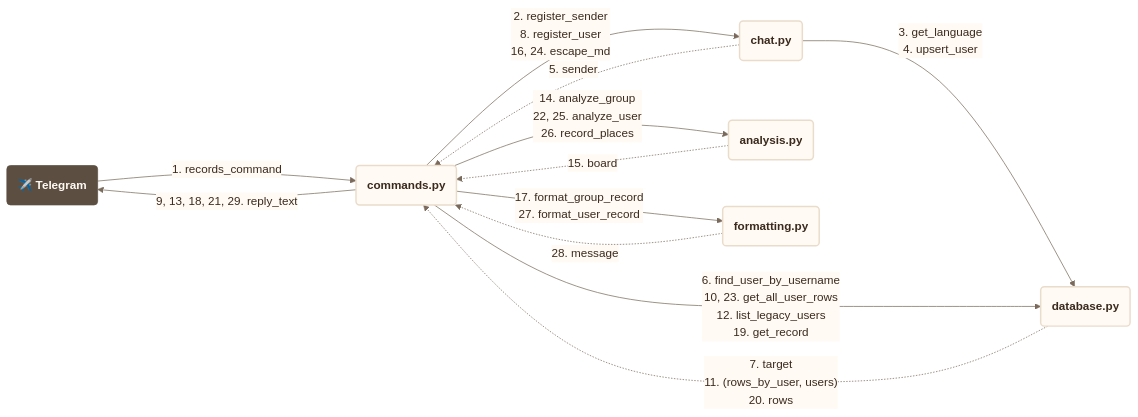
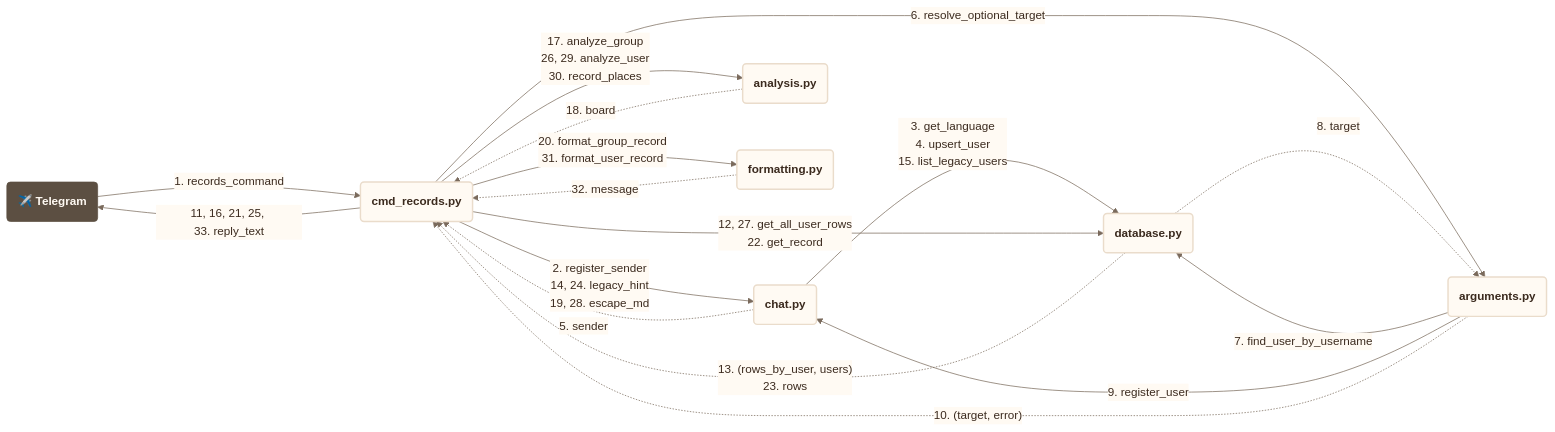
Diagram 11 of 42 in docs/use_cases.md (francescoperrino/Caccometro), drawn with Mermaid before and after one commit. The commit also changed other lines of this file and 30 other files, not shown here.

````diff
--- a/docs/use_cases.md
+++ b/docs/use_cases.md
@@ -918,58 +910,64 @@
 ```mermaid
 ---
 config:
   theme: base
   themeVariables:
     fontFamily: "Nunito, Segoe UI, Roboto, sans-serif"
     primaryColor: "#fffaf3"
     primaryTextColor: "#3b2a1e"
     primaryBorderColor: "#eadccb"
     secondaryColor: "#f7ecdc"
     tertiaryColor: "#f3e4d0"
     lineColor: "#7a6a5c"
     textColor: "#3b2a1e"
     edgeLabelBackground: "#fffaf3"
     clusterBkg: "#f3e4d0"
     clusterBorder: "#cbbca9"
     titleColor: "#5c4f42"
     noteBkgColor: "#f7ecdc"
     noteTextColor: "#3b2a1e"
     actorBkg: "#fffaf3"
     actorBorder: "#5c4f42"
     actorTextColor: "#3b2a1e"
     signalColor: "#7a6a5c"
     signalTextColor: "#3b2a1e"
     labelBoxBkgColor: "#f3e4d0"
     loopTextColor: "#3b2a1e"
     sequenceNumberColor: "#fffaf3"
     xyChart:
       plotColorPalette: "#2f4f8f"
   flowchart:
     nodeSpacing: 50
     rankSpacing: 160
 ---
 flowchart LR
     accTitle: Communication diagram, /records (/record)
     accDescr: The modules involved, the functions each one calls in another and what comes back, numbered as in the sequence
     telegram("<b>✈️ Telegram</b>")
-    commands("<b>commands.py</b>")
+    cmd_records("<b>cmd_records.py</b>")
     chat("<b>chat.py</b>")
     database("<b>database.py</b>")
+    arguments("<b>arguments.py</b>")
     analysis("<b>analysis.py</b>")
     formatting("<b>formatting.py</b>")
-    telegram -->|"1.#nbsp;records_command"| commands
-    commands -->|"2.#nbsp;register_sender<br/>8.#nbsp;register_user<br/>16, 24.#nbsp;escape_md"| chat
-    chat -->|"3.#nbsp;get_language<br/>4.#nbsp;upsert_user"| database
-    chat -.->|"5.#nbsp;sender"| commands
-    commands -->|"6.#nbsp;find_user_by_username<br/>10, 23.#nbsp;get_all_user_rows<br/>12.#nbsp;list_legacy_users<br/>19.#nbsp;get_record"| database
-    database -.->|"7.#nbsp;target<br/>11.#nbsp;(rows_by_user, users)<br/>20.#nbsp;rows"| commands
-    commands -->|"9, 13, 18, 21, 29.#nbsp;reply_text"| telegram
-    commands -->|"14.#nbsp;analyze_group<br/>22, 25.#nbsp;analyze_user<br/>26.#nbsp;record_places"| analysis
-    analysis -.->|"15.#nbsp;board"| commands
-    commands -->|"17.#nbsp;format_group_record<br/>27.#nbsp;format_user_record"| formatting
-    formatting -.->|"28.#nbsp;message"| commands
+    telegram -->|"1.#nbsp;records_command"| cmd_records
+    cmd_records -->|"2.#nbsp;register_sender<br/>14, 24.#nbsp;legacy_hint<br/>19, 28.#nbsp;escape_md"| chat
+    chat -->|"3.#nbsp;get_language<br/>4.#nbsp;upsert_user<br/>15.#nbsp;list_legacy_users"| database
+    chat -.->|"5.#nbsp;sender"| cmd_records
+    cmd_records -->|"6.#nbsp;resolve_optional_target"| arguments
+    arguments -->|"7.#nbsp;find_user_by_username"| database
+    database -.->|"8.#nbsp;target"| arguments
+    arguments -->|"9.#nbsp;register_user"| chat
+    arguments -.->|"10.#nbsp;(target, error)"| cmd_records
+    cmd_records -->|"11, 16, 21, 25, 33.#nbsp;reply_text"| telegram
+    cmd_records -->|"12, 27.#nbsp;get_all_user_rows<br/>22.#nbsp;get_record"| database
+    database -.->|"13.#nbsp;(rows_by_user, users)<br/>23.#nbsp;rows"| cmd_records
+    cmd_records -->|"17.#nbsp;analyze_group<br/>26, 29.#nbsp;analyze_user<br/>30.#nbsp;record_places"| analysis
+    analysis -.->|"18.#nbsp;board"| cmd_records
+    cmd_records -->|"20.#nbsp;format_group_record<br/>31.#nbsp;format_user_record"| formatting
+    formatting -.->|"32.#nbsp;message"| cmd_records
     classDef step fill:#fffaf3,stroke:#eadccb,stroke-width:2px,color:#3b2a1e
     classDef person fill:#5c4f42,stroke:#5c4f42,color:#fffaf3
-    class commands,chat,database,analysis,formatting step
+    class cmd_records,chat,database,arguments,analysis,formatting step
     class telegram person
 ```
````
